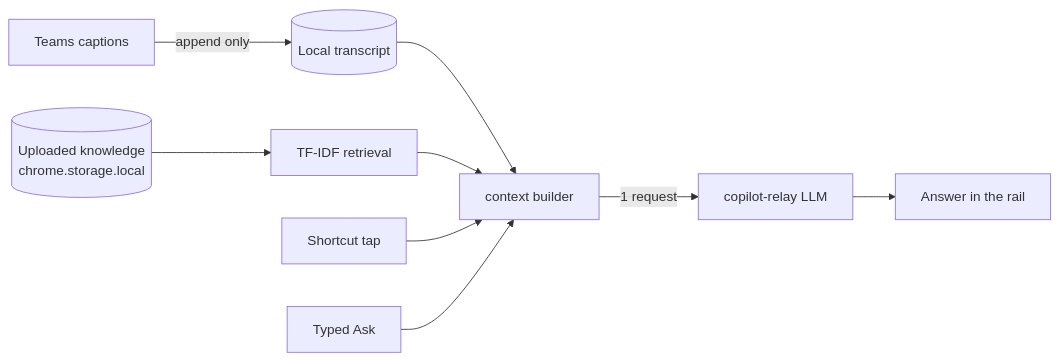
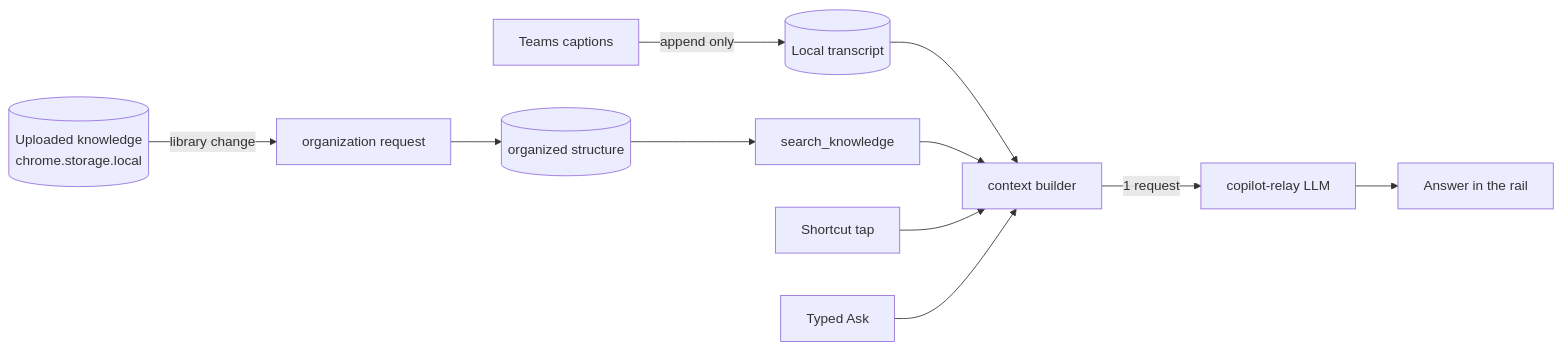
Before and after one commit to lalalic/team-mate: the diagram in README.md, drawn with Mermaid. The commit also changed other lines of this file and 5 other files, not shown here.

````diff
--- a/README.md
+++ b/README.md
@@ -23,11 +24,13 @@
 ```mermaid
 flowchart LR
     C[Teams captions] -->|append only| T[(Local transcript)]
-    K[(Uploaded knowledge<br/>chrome.storage.local)] --> R[TF-IDF retrieval]
+    K[(Uploaded knowledge<br/>chrome.storage.local)] -->|library change| O[organization request]
+    O --> S[(organized structure)]
+    S --> R[search_knowledge]
     T --> Q[context builder]
     R --> Q
     U[Shortcut tap] --> Q
     A[Typed Ask] --> Q
     Q -->|1 request| L[copilot-relay LLM]
     L --> V[Answer in the rail]
 ```
````
